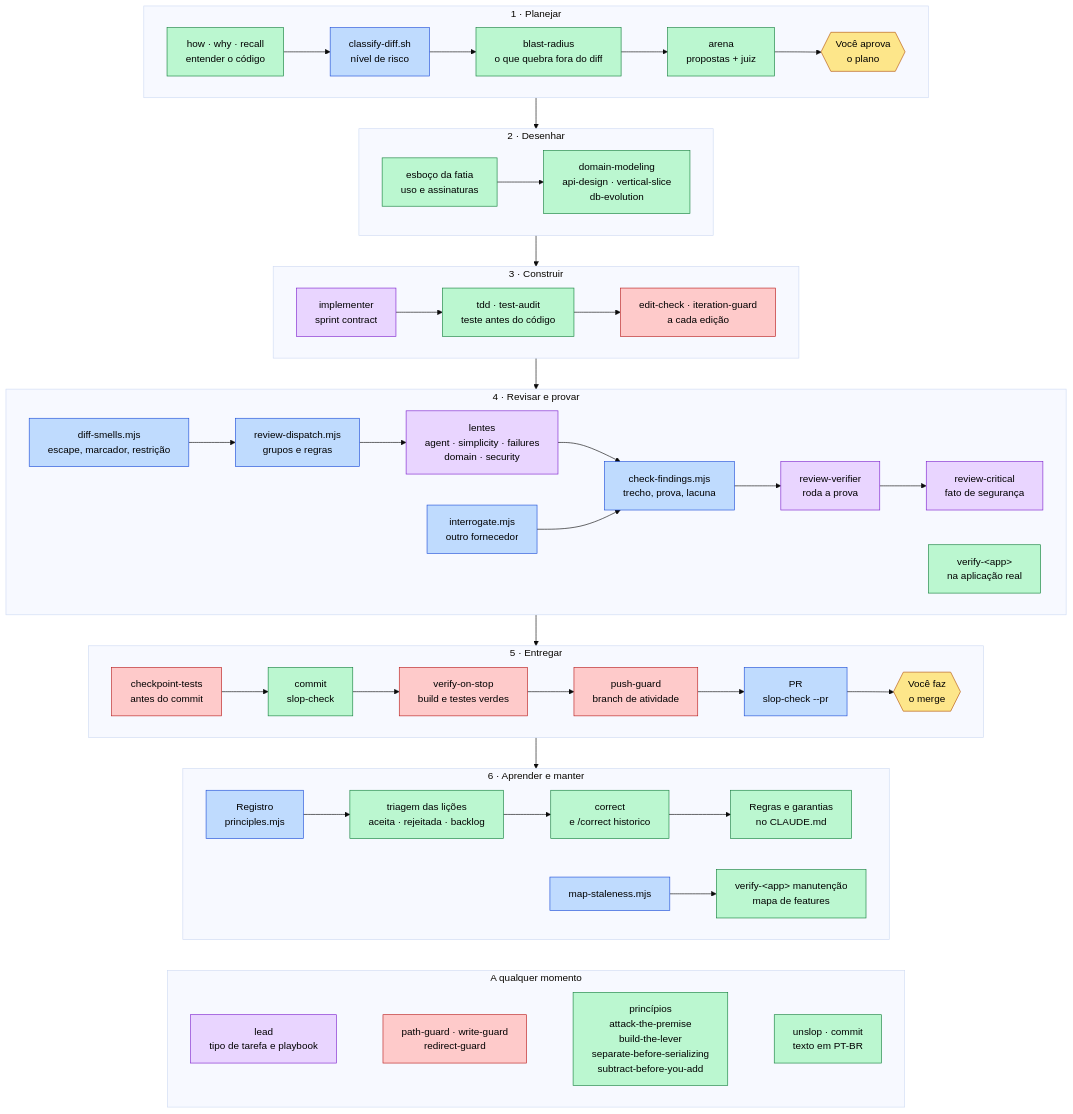
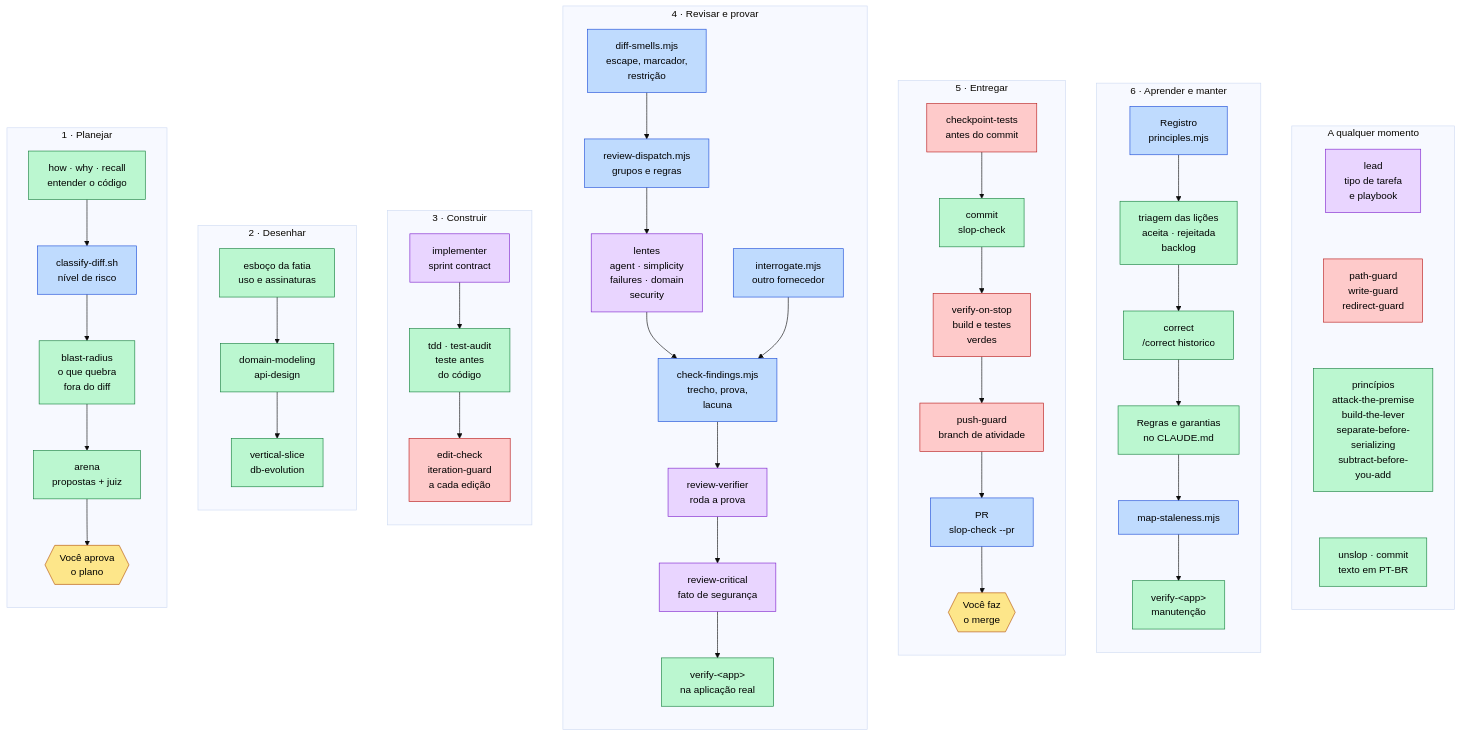
The fourth of 4 diagrams in README.md (wesllenm/wstack), drawn with Mermaid (base theme) before and after one commit. The commit also changed other lines of this file, not shown here.

Commit message:
docs(readme): mapa do plugin em colunas por etapa
Uma coluna por etapa, como um quadro kanban, com os itens de cima para
baixo na ordem em que disparam.

Claude-Session: https://claude.ai/code/session_01AidqKR59d35QceRzN5qVnR

````diff
--- a/README.md
+++ b/README.md
@@ -190,52 +190,44 @@
 ```mermaid
-flowchart TB
+flowchart LR
     subgraph PLAN["1 · Planejar"]
-        direction LR
-        p1["how · why · recall<br/>entender o código"] --> p2["classify-diff.sh<br/>nível de risco"] --> p3["blast-radius<br/>o que quebra fora do diff"] --> p4["arena<br/>propostas + juiz"] --> p5{{"Você aprova<br/>o plano"}}
+        direction TB
+        p1["how · why · recall<br/>entender o código"] --> p2["classify-diff.sh<br/>nível de risco"] --> p3["blast-radius<br/>o que quebra<br/>fora do diff"] --> p4["arena<br/>propostas + juiz"] --> p5{{"Você aprova<br/>o plano"}}
     end
     subgraph DESIGN["2 · Desenhar"]
-        direction LR
-        d1["esboço da fatia<br/>uso e assinaturas"] --> d2["domain-modeling<br/>api-design · vertical-slice<br/>db-evolution"]
+        direction TB
+        d1["esboço da fatia<br/>uso e assinaturas"] --> d2["domain-modeling<br/>api-design"] --> d3["vertical-slice<br/>db-evolution"]
     end
     subgraph BUILD["3 · Construir"]
-        direction LR
-        b1["implementer<br/>sprint contract"] --> b2["tdd · test-audit<br/>teste antes do código"] --> b3["edit-check · iteration-guard<br/>a cada edição"]
+        direction TB
+        b1["implementer<br/>sprint contract"] --> b2["tdd · test-audit<br/>teste antes<br/>do código"] --> b3["edit-check<br/>iteration-guard<br/>a cada edição"]
     end
     subgraph REVIEW["4 · Revisar e provar"]
-        direction LR
-        r1["diff-smells.mjs<br/>escape, marcador, restrição"] --> r2["review-dispatch.mjs<br/>grupos e regras"] --> r3["lentes<br/>agent · simplicity · failures<br/>domain · security"] --> r4["check-findings.mjs<br/>trecho, prova, lacuna"] --> r5["review-verifier<br/>roda a prova"] --> r6["review-critical<br/>fato de segurança"]
+        direction TB
+        r1["diff-smells.mjs<br/>escape, marcador,<br/>restrição"] --> r2["review-dispatch.mjs<br/>grupos e regras"] --> r3["lentes<br/>agent · simplicity<br/>failures · domain<br/>security"] --> r4["check-findings.mjs<br/>trecho, prova,<br/>lacuna"] --> r5["review-verifier<br/>roda a prova"] --> r6["review-critical<br/>fato de segurança"] --> r8["verify-#lt;app#gt;<br/>na aplicação real"]
         r7["interrogate.mjs<br/>outro fornecedor"] --> r4
-        r8["verify-#lt;app#gt;<br/>na aplicação real"]
     end
     subgraph SHIP["5 · Entregar"]
-        direction LR
-        s1["checkpoint-tests<br/>antes do commit"] --> s2["commit<br/>slop-check"] --> s3["verify-on-stop<br/>build e testes verdes"] --> s4["push-guard<br/>branch de atividade"] --> s5["PR<br/>slop-check --pr"] --> s6{{"Você faz<br/>o merge"}}
+        direction TB
+        s1["checkpoint-tests<br/>antes do commit"] --> s2["commit<br/>slop-check"] --> s3["verify-on-stop<br/>build e testes<br/>verdes"] --> s4["push-guard<br/>branch de atividade"] --> s5["PR<br/>slop-check --pr"] --> s6{{"Você faz<br/>o merge"}}
     end
     subgraph LEARN["6 · Aprender e manter"]
-        direction LR
-        l1["Registro<br/>principles.mjs"] --> l2["triagem das lições<br/>aceita · rejeitada · backlog"] --> l3["correct<br/>e /correct historico"] --> l4["Regras e garantias<br/>no CLAUDE.md"]
-        l5["map-staleness.mjs"] --> l6["verify-#lt;app#gt; manutenção<br/>mapa de features"]
+        direction TB
+        l1["Registro<br/>principles.mjs"] --> l2["triagem das lições<br/>aceita · rejeitada<br/>backlog"] --> l3["correct<br/>/correct historico"] --> l4["Regras e garantias<br/>no CLAUDE.md"] --> l5["map-staleness.mjs"] --> l6["verify-#lt;app#gt;<br/>manutenção"]
     end
-    PLAN --> DESIGN --> BUILD --> REVIEW --> SHIP --> LEARN
-
     subgraph ALWAYS["A qualquer momento"]
-        direction LR
-        a1["lead<br/>tipo de tarefa e playbook"]
-        a2["path-guard · write-guard<br/>redirect-guard"]
-        a3["princípios<br/>attack-the-premise<br/>build-the-lever<br/>separate-before-serializing<br/>subtract-before-you-add"]
-        a4["unslop · commit<br/>texto em PT-BR"]
-        a1 ~~~ a2 ~~~ a3 ~~~ a4
+        direction TB
+        a1["lead<br/>tipo de tarefa<br/>e playbook"] ~~~ a2["path-guard<br/>write-guard<br/>redirect-guard"] ~~~ a3["princípios<br/>attack-the-premise<br/>build-the-lever<br/>separate-before-<br/>serializing<br/>subtract-before-<br/>you-add"] ~~~ a4["unslop · commit<br/>texto em PT-BR"]
     end
-    LEARN ~~~ ALWAYS
+    PLAN ~~~ DESIGN ~~~ BUILD ~~~ REVIEW ~~~ SHIP ~~~ LEARN ~~~ ALWAYS
 
     classDef voce fill:#fde68a,stroke:#b45309,color:#000
     classDef trava fill:#fecaca,stroke:#b91c1c,color:#000
     classDef script fill:#bfdbfe,stroke:#1d4ed8,color:#000
     classDef skill fill:#bbf7d0,stroke:#15803d,color:#000
     classDef agente fill:#e9d5ff,stroke:#7e22ce,color:#000
     class p5,s6 voce
     class b3,s1,s3,s4,a2 trava
     class p2,r1,r2,r4,r7,s5,l1,l5 script
-    class p1,p3,p4,d1,d2,b2,r8,s2,l2,l3,l4,l6,a3,a4 skill
+    class p1,p3,p4,d1,d2,d3,b2,r8,s2,l2,l3,l4,l6,a3,a4 skill
     class b1,r3,r5,r6,a1 agente
 ```
````
